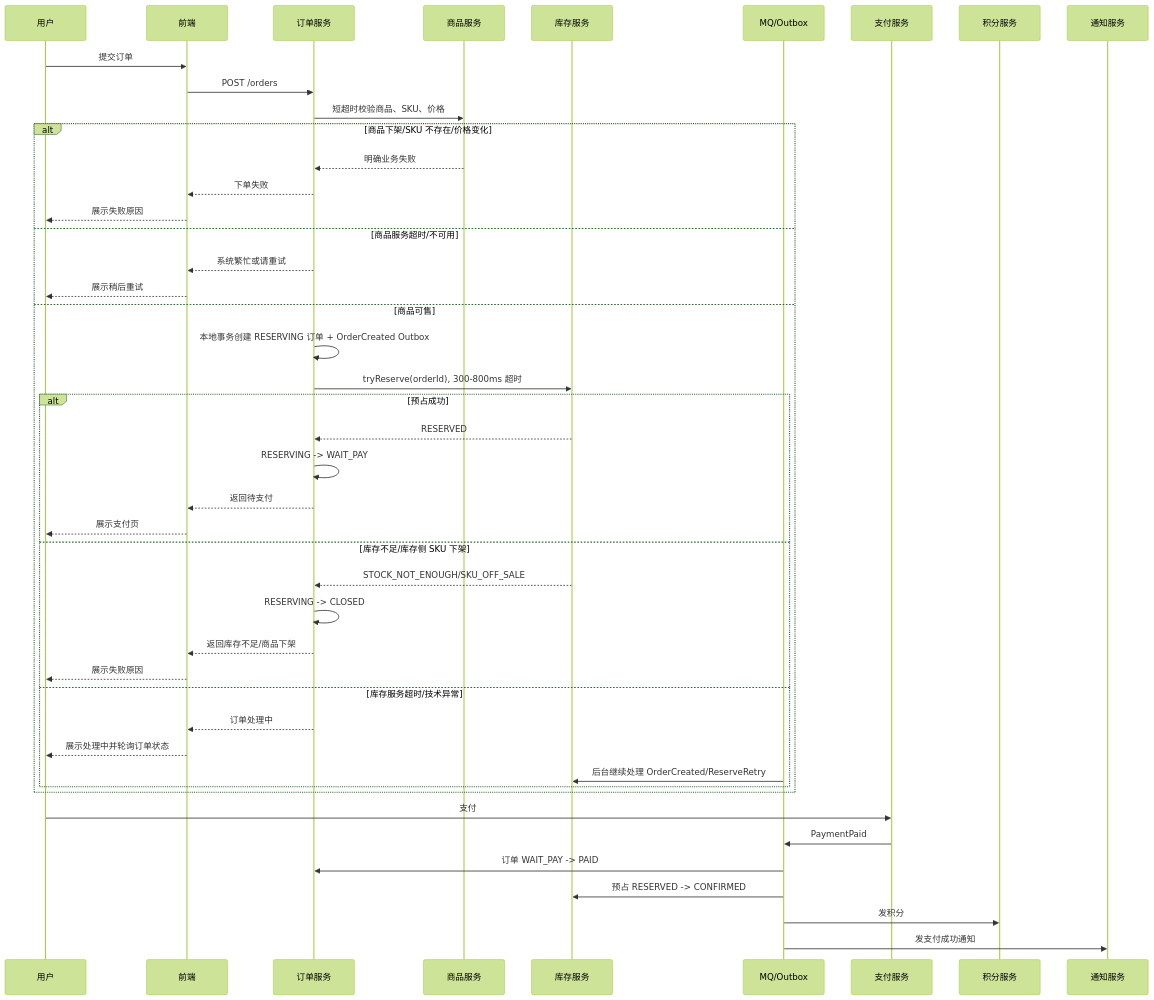
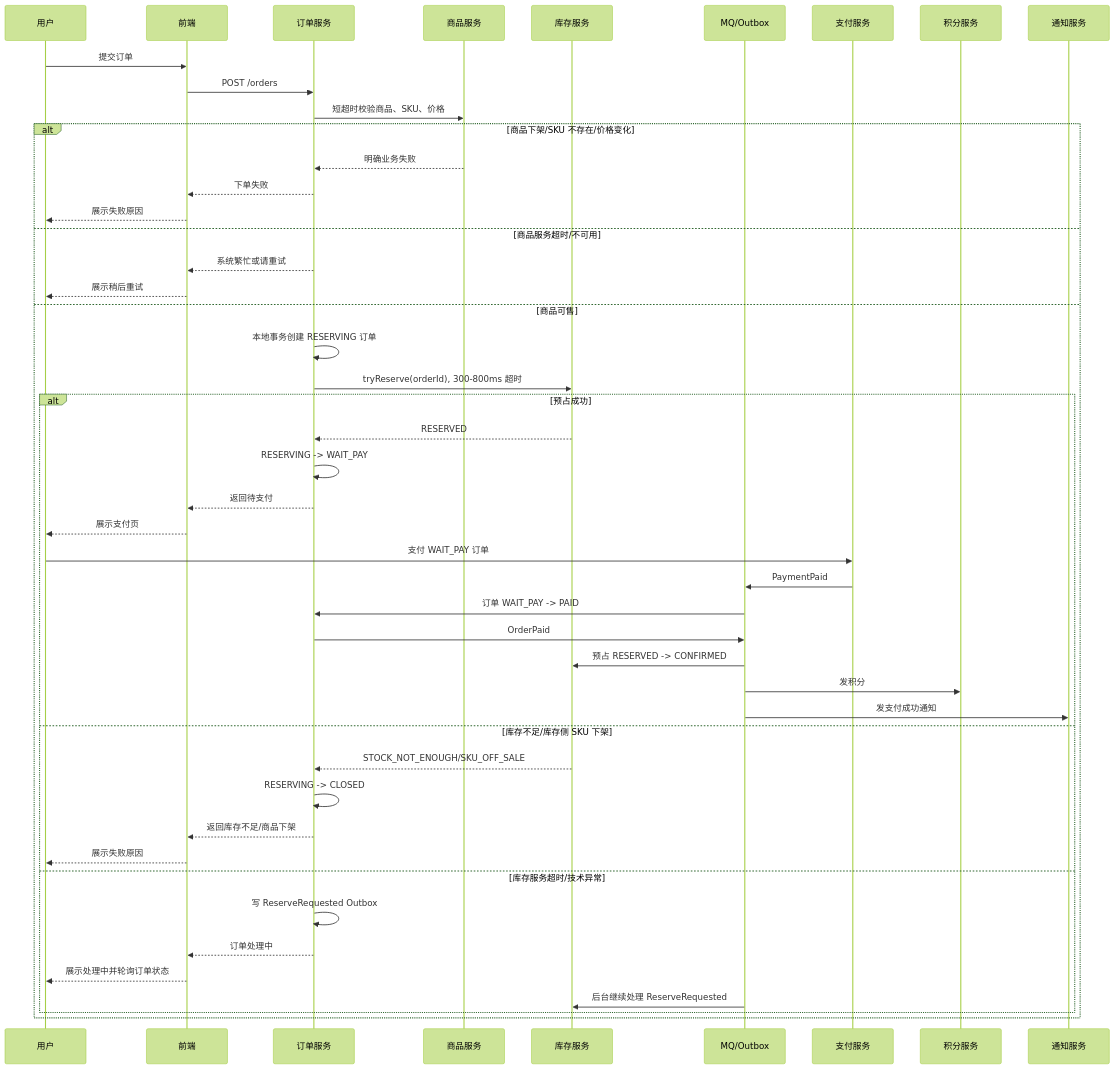
The second of 20 diagrams in docs/ORDER_FINAL_CONSISTENCY_DESIGN.md (yinshihaogithub/framework-boot-starter), drawn with Mermaid (forest theme) before and after one commit. The commit also changed other lines of this file, not shown here.

````diff
--- a/docs/ORDER_FINAL_CONSISTENCY_DESIGN.md
+++ b/docs/ORDER_FINAL_CONSISTENCY_DESIGN.md
@@ -79,51 +82,52 @@
 ```mermaid
 sequenceDiagram
   participant User as 用户
   participant Web as 前端
   participant Order as 订单服务
   participant Product as 商品服务
   participant Inventory as 库存服务
   participant MQ as MQ/Outbox
   participant Pay as 支付服务
   participant Point as 积分服务
   participant Notify as 通知服务
 
   User->>Web: 提交订单
   Web->>Order: POST /orders
   Order->>Product: 短超时校验商品、SKU、价格
 
   alt 商品下架/SKU 不存在/价格变化
     Product-->>Order: 明确业务失败
     Order-->>Web: 下单失败
     Web-->>User: 展示失败原因
   else 商品服务超时/不可用
     Order-->>Web: 系统繁忙或请重试
     Web-->>User: 展示稍后重试
   else 商品可售
-    Order->>Order: 本地事务创建 RESERVING 订单 + OrderCreated Outbox
+    Order->>Order: 本地事务创建 RESERVING 订单
     Order->>Inventory: tryReserve(orderId), 300-800ms 超时
 
     alt 预占成功
       Inventory-->>Order: RESERVED
       Order->>Order: RESERVING -> WAIT_PAY
       Order-->>Web: 返回待支付
       Web-->>User: 展示支付页
+      User->>Pay: 支付 WAIT_PAY 订单
+      Pay->>MQ: PaymentPaid
+      MQ->>Order: 订单 WAIT_PAY -> PAID
+      Order->>MQ: OrderPaid
+      MQ->>Inventory: 预占 RESERVED -> CONFIRMED
+      MQ->>Point: 发积分
+      MQ->>Notify: 发支付成功通知
     else 库存不足/库存侧 SKU 下架
       Inventory-->>Order: STOCK_NOT_ENOUGH/SKU_OFF_SALE
       Order->>Order: RESERVING -> CLOSED
       Order-->>Web: 返回库存不足/商品下架
       Web-->>User: 展示失败原因
     else 库存服务超时/技术异常
+      Order->>Order: 写 ReserveRequested Outbox
       Order-->>Web: 订单处理中
       Web-->>User: 展示处理中并轮询订单状态
-      MQ->>Inventory: 后台继续处理 OrderCreated/ReserveRetry
+      MQ->>Inventory: 后台继续处理 ReserveRequested
     end
   end
-
-  User->>Pay: 支付
-  Pay->>MQ: PaymentPaid
-  MQ->>Order: 订单 WAIT_PAY -> PAID
-  MQ->>Inventory: 预占 RESERVED -> CONFIRMED
-  MQ->>Point: 发积分
-  MQ->>Notify: 发支付成功通知
 ```
````
